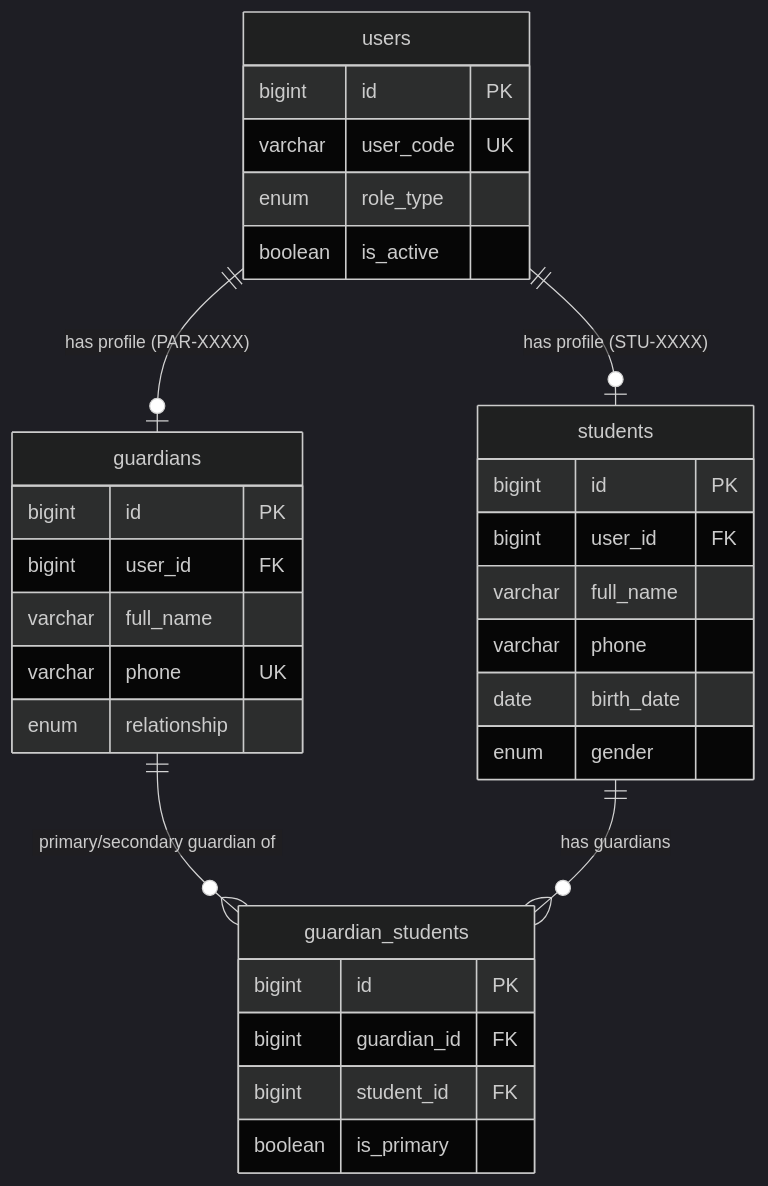
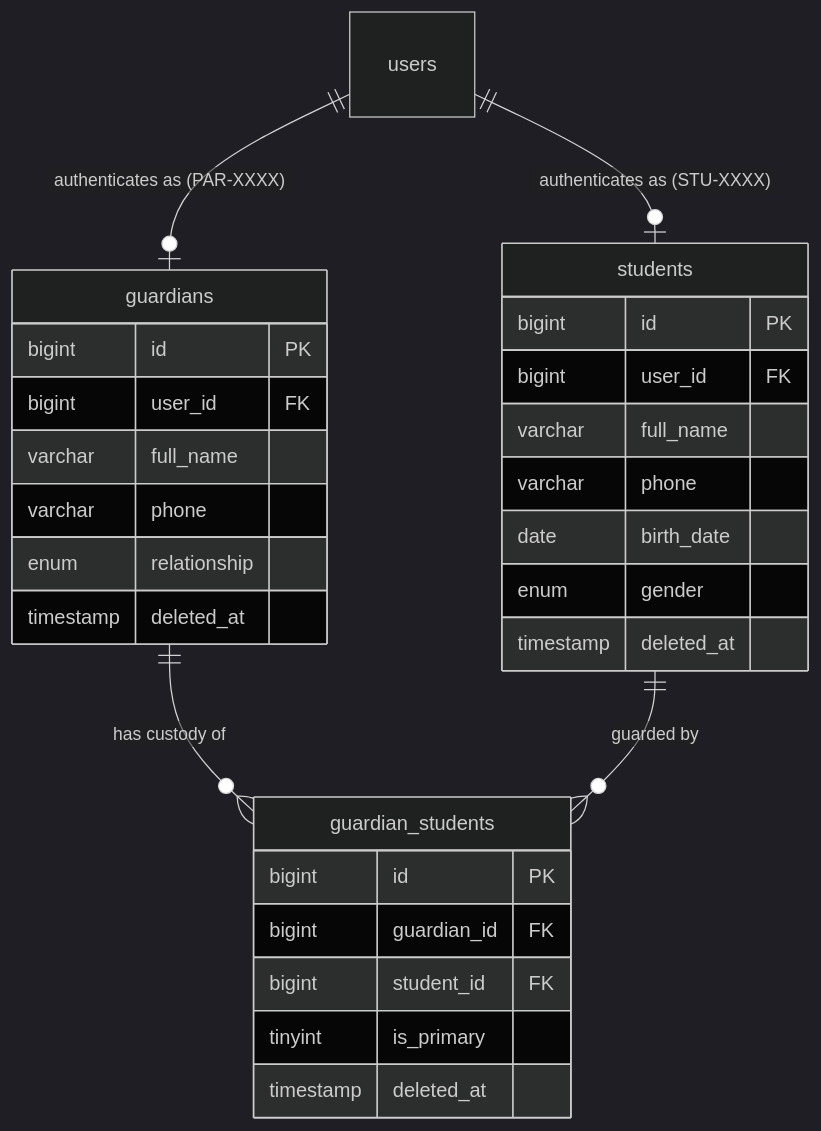
Before and after one commit to alalemusa98-ctrl/Taqniya-SMS: the diagram in MD/phases/phase_04_students_guardians_a/data.md, drawn with Mermaid (dark theme). The commit also changed other lines of this file and 7 other files, not shown here.

Commit message:
phase_04_students_guardians_a

````diff
--- a/MD/phases/phase_04_students_guardians_a/data.md
+++ b/MD/phases/phase_04_students_guardians_a/data.md
@@ -85,38 +99,34 @@
 ```mermaid
 erDiagram
-    users ||--o| students : "has profile (STU-XXXX)"
-    users ||--o| guardians : "has profile (PAR-XXXX)"
-    guardians ||--o{ guardian_students : "primary/secondary guardian of"
-    students ||--o{ guardian_students : "has guardians"
-
-    users {
-        bigint id PK
-        varchar user_code UK
-        enum role_type
-        boolean is_active
-    }
+    users ||--o| students : "authenticates as (STU-XXXX)"
+    users ||--o| guardians : "authenticates as (PAR-XXXX)"
+    guardians ||--o{ guardian_students : "has custody of"
+    students ||--o{ guardian_students : "guarded by"
 
     students {
         bigint id PK
         bigint user_id FK
         varchar full_name
         varchar phone
         date birth_date
         enum gender
+        timestamp deleted_at
     }
 
     guardians {
         bigint id PK
         bigint user_id FK
         varchar full_name
-        varchar phone UK
+        varchar phone
         enum relationship
+        timestamp deleted_at
     }
 
     guardian_students {
         bigint id PK
         bigint guardian_id FK
         bigint student_id FK
-        boolean is_primary
+        tinyint is_primary
+        timestamp deleted_at
     }
 ```
````
